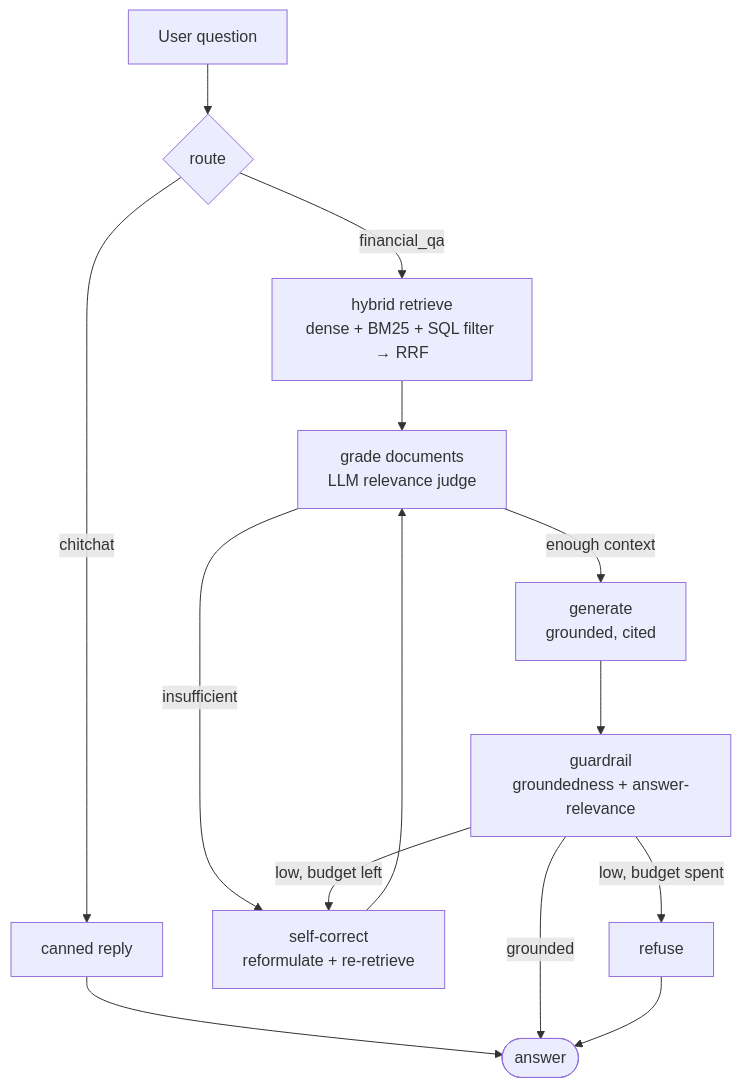
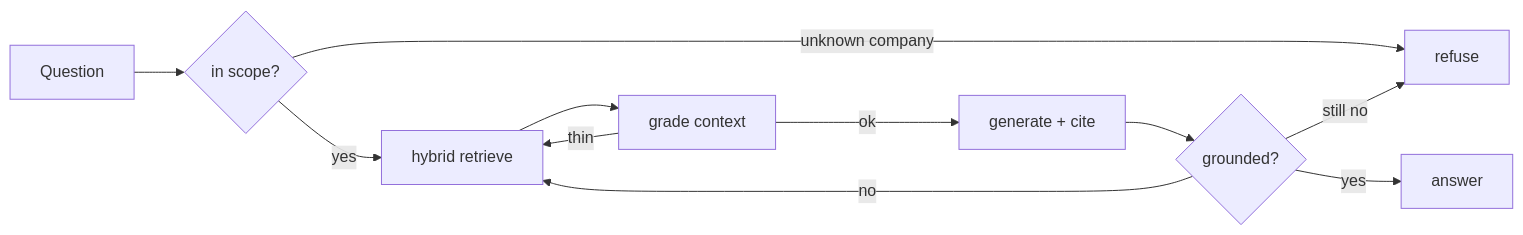
The diagram in README.md (caitlin-leonard/agentic-finance-rag), drawn with Mermaid before and after one commit. The commit also changed other lines of this file, not shown here.

````diff
--- a/README.md
+++ b/README.md
@@ -53,14 +28,13 @@
 ```mermaid
-flowchart TD
-    Q[User question] --> R{route}
-    R -->|chitchat| C[canned reply] --> E([answer])
-    R -->|financial_qa| RET[hybrid retrieve<br/>dense + BM25 + SQL filter → RRF]
-    RET --> G[grade documents<br/>LLM relevance judge]
-    G -->|enough context| GEN[generate<br/>grounded, cited]
-    G -->|insufficient| SC[self-correct<br/>reformulate + re-retrieve]
-    SC --> G
-    GEN --> GR[guardrail<br/>groundedness + answer-relevance]
-    GR -->|grounded| E
-    GR -->|low, budget left| SC
-    GR -->|low, budget spent| REF[refuse] --> E
+flowchart LR
+    Q[Question] --> S{in scope?}
+    S -->|unknown company| R[refuse]
+    S -->|yes| RET[hybrid retrieve]
+    RET --> G[grade context]
+    G -->|thin| RET
+    G -->|ok| GEN[generate + cite]
+    GEN --> GR{grounded?}
+    GR -->|no| RET
+    GR -->|yes| A[answer]
+    GR -->|still no| R
 ```
````
